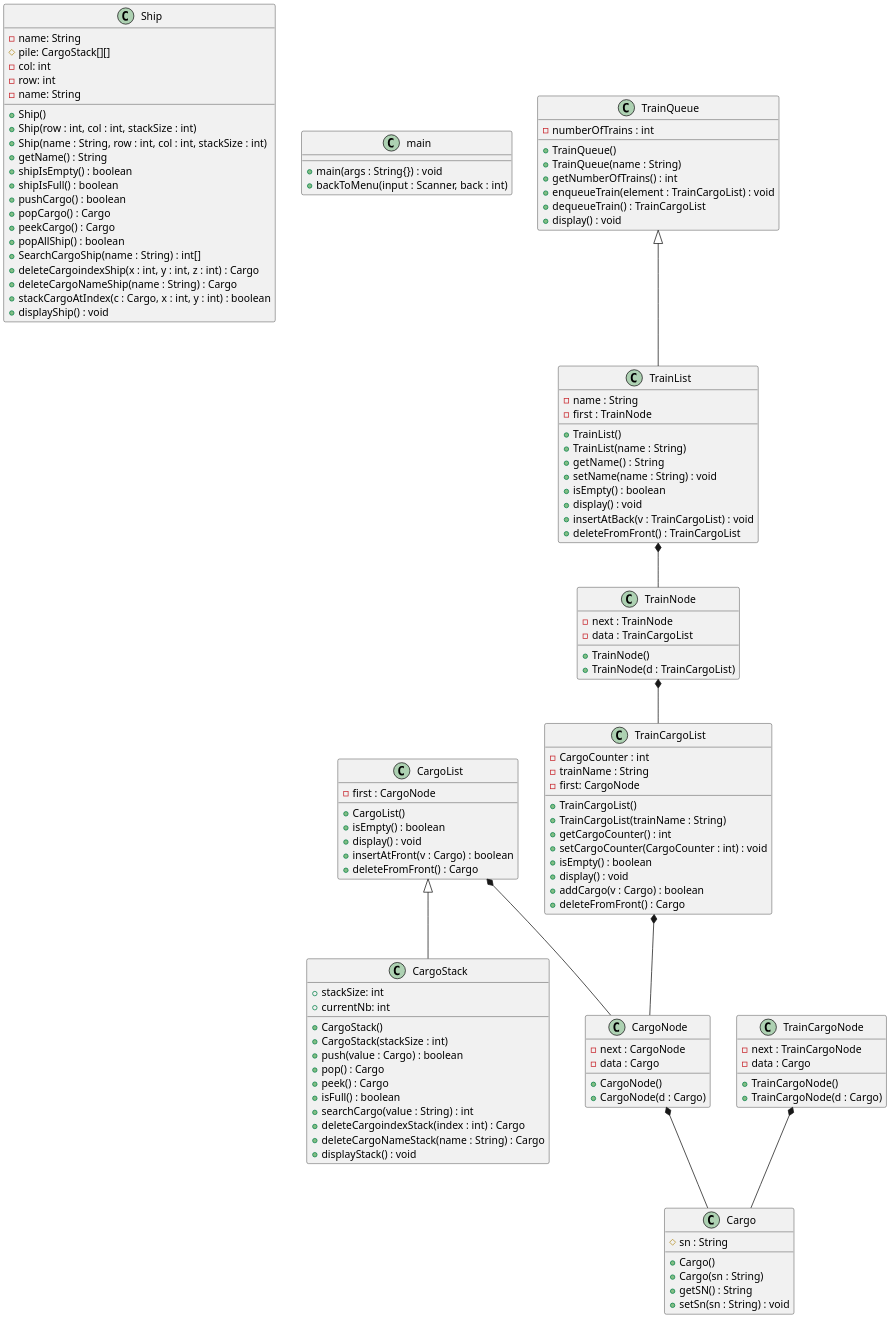
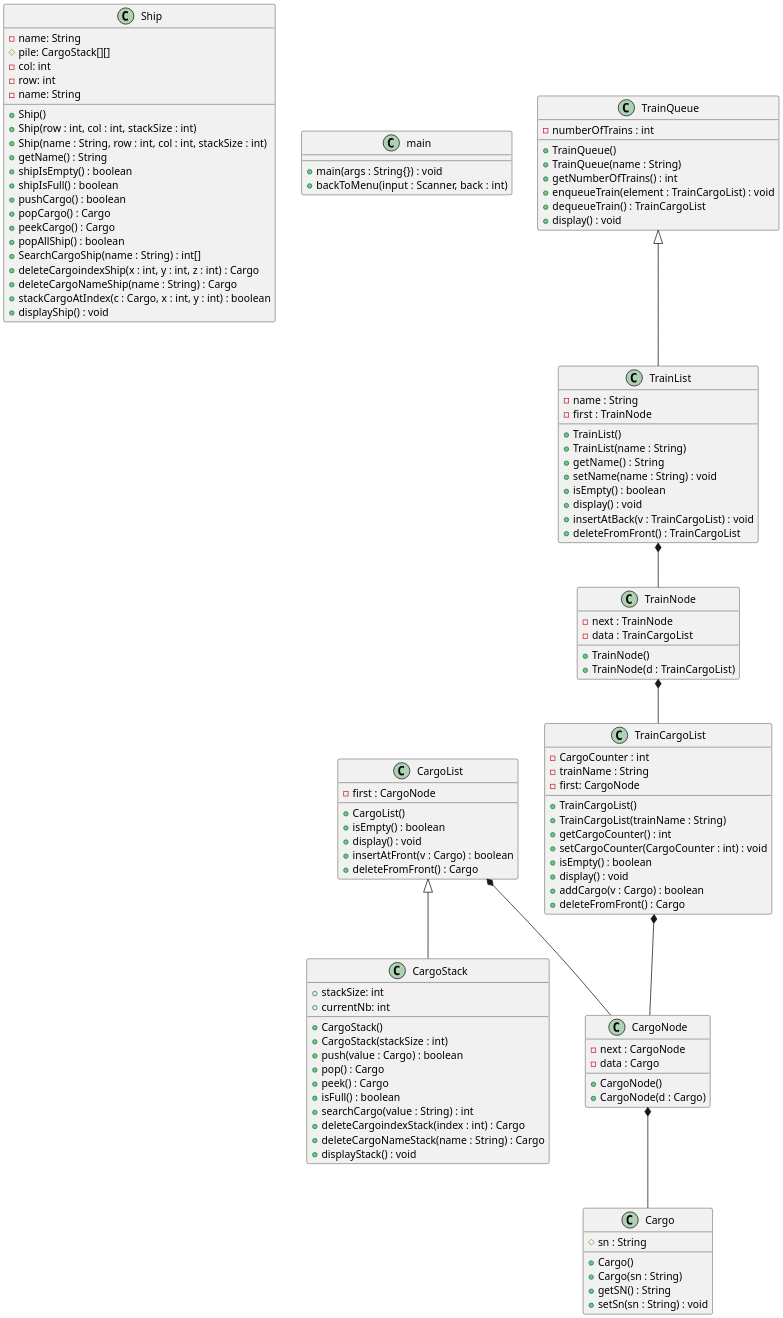
One commit to mmchokor/Cargo-Ship-Project changed the diagram in UMLDiagramCode.wsd. Above: the diagram before and after it, drawn with PlantUML. The commit also changed 1 other file, not shown here.

Commit message:
Modified UMLDiagramCode to remove useless class Remove TrainCargoNode because Useless

```diff
--- a/UMLDiagramCode.wsd
+++ b/UMLDiagramCode.wsd
@@ -1,131 +1,123 @@
 @startuml
 scale 2
 class Ship {
     -name: String
     #pile: CargoStack[][]
     -col: int
     -row: int
     -name: String
 
     +Ship()
     +Ship(row : int, col : int, stackSize : int)
     +Ship(name : String, row : int, col : int, stackSize : int)
     +getName() : String
     +shipIsEmpty() : boolean
     +shipIsFull() : boolean
     +pushCargo() : boolean
     +popCargo() : Cargo
     +peekCargo() : Cargo
     +popAllShip() : boolean
     +SearchCargoShip(name : String) : int[]
     +deleteCargoindexShip(x : int, y : int, z : int) : Cargo
     +deleteCargoNameShip(name : String) : Cargo
     +stackCargoAtIndex(c : Cargo, x : int, y : int) : boolean
     +displayShip() : void
 }
 
 class main {
     +main(args : String{}) : void
     +backToMenu(input : Scanner, back : int)
 }
 
 class CargoStack {
     +stackSize: int
     +currentNb: int
     +CargoStack()
     +CargoStack(stackSize : int)
     +push(value : Cargo) : boolean
     +pop() : Cargo
     +peek() : Cargo
     +isFull() : boolean
     +searchCargo(value : String) : int
     +deleteCargoindexStack(index : int) : Cargo
     +deleteCargoNameStack(name : String) : Cargo
     +displayStack() : void
 }
 
 class CargoList {
     -first : CargoNode
     +CargoList()
     +isEmpty() : boolean
     +display() : void
     +insertAtFront(v : Cargo) : boolean
     +deleteFromFront() : Cargo
 }
 
 class CargoNode {
     -next : CargoNode
     -data : Cargo
     +CargoNode()
     +CargoNode(d : Cargo)
 }
 
 class TrainCargoList {
     -CargoCounter : int
     -trainName : String
     -first: CargoNode
     +TrainCargoList()
     +TrainCargoList(trainName : String)
     +getCargoCounter() : int
     +setCargoCounter(CargoCounter : int) : void
     +isEmpty() : boolean
     +display() : void
     +addCargo(v : Cargo) : boolean
     +deleteFromFront() : Cargo
 }
 
 class Cargo {
     #sn : String
     +Cargo()
     +Cargo(sn : String)
     +getSN() : String
     +setSn(sn : String) : void
 }
 
-class TrainCargoNode {
-    -next : TrainCargoNode
-    -data : Cargo
-    +TrainCargoNode()
-    +TrainCargoNode(d : Cargo)
-}
-
 class TrainList {
     -name : String
     -first : TrainNode
     +TrainList()
     +TrainList(name : String)
     +getName()  : String
     +setName(name : String) : void
     +isEmpty() : boolean
     +display() : void
     +insertAtBack(v : TrainCargoList) : void
     +deleteFromFront() : TrainCargoList
 }
 
 class TrainNode {
     -next : TrainNode
     -data : TrainCargoList
     +TrainNode()
     +TrainNode(d : TrainCargoList)
 }
 
 class TrainQueue {
     -numberOfTrains : int
     +TrainQueue()
     +TrainQueue(name : String)
     +getNumberOfTrains() : int
     +enqueueTrain(element : TrainCargoList) : void
     +dequeueTrain() : TrainCargoList
     +display() : void
 }
 
 CargoList <|-- CargoStack
 TrainQueue <|-- TrainList
 TrainList *-- TrainNode
 TrainNode *-- TrainCargoList
-TrainCargoNode *-- Cargo
 TrainCargoList *-- CargoNode
 CargoNode *-- Cargo
 CargoList *-- CargoNode
 
 @enduml
```
